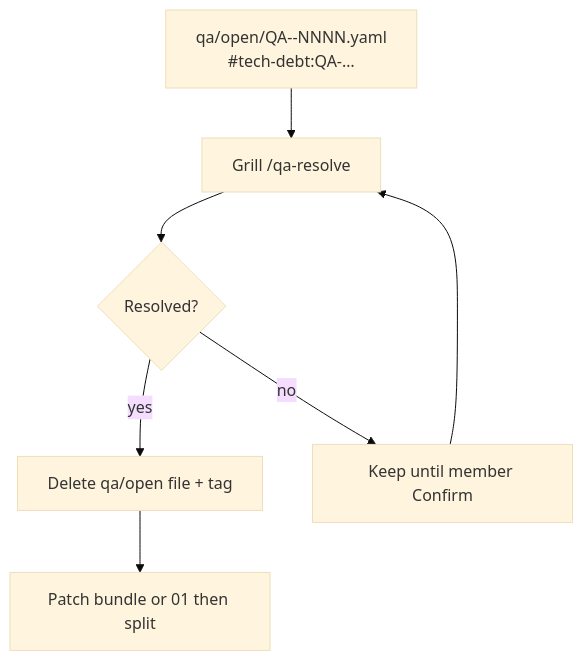
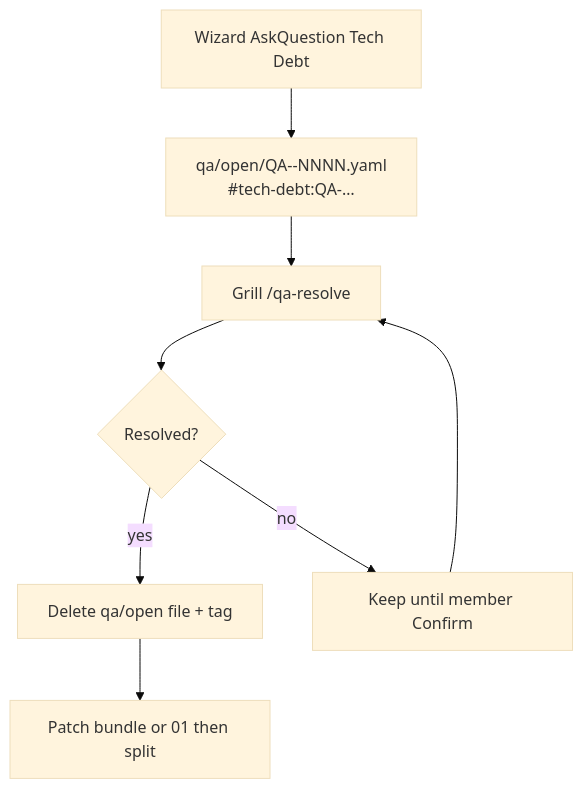
One commit to ShanYuCoder/flowgrid changed the tenth of 10 diagrams in docs/2-lifecycle/quality-maintenance.md. Above: the diagram before and after it, drawn with Mermaid (base theme). The commit also changed 108 other files, not shown here.

````diff
--- a/docs/2-lifecycle/quality-maintenance.md
+++ b/docs/2-lifecycle/quality-maintenance.md
@@ -385,9 +385,10 @@
 ```mermaid
 flowchart TD
-  Q["qa/open/QA-<bundle.id>-NNNN.yaml\n#tech-debt:QA-…"] --> G["Grill /qa-resolve"]
+  START["Wizard AskQuestion Tech Debt"] --> Q["qa/open/QA-<bundle.id>-NNNN.yaml\n#tech-debt:QA-…"]
+  Q --> G["Grill /qa-resolve"]
   G --> R{"Resolved?"}
   R -->|yes| X["Delete qa/open file + tag"]
   R -->|no| D["Keep until member Confirm"]
   X --> U["Patch bundle or 01 then split"]
   D --> G
 ```
````
